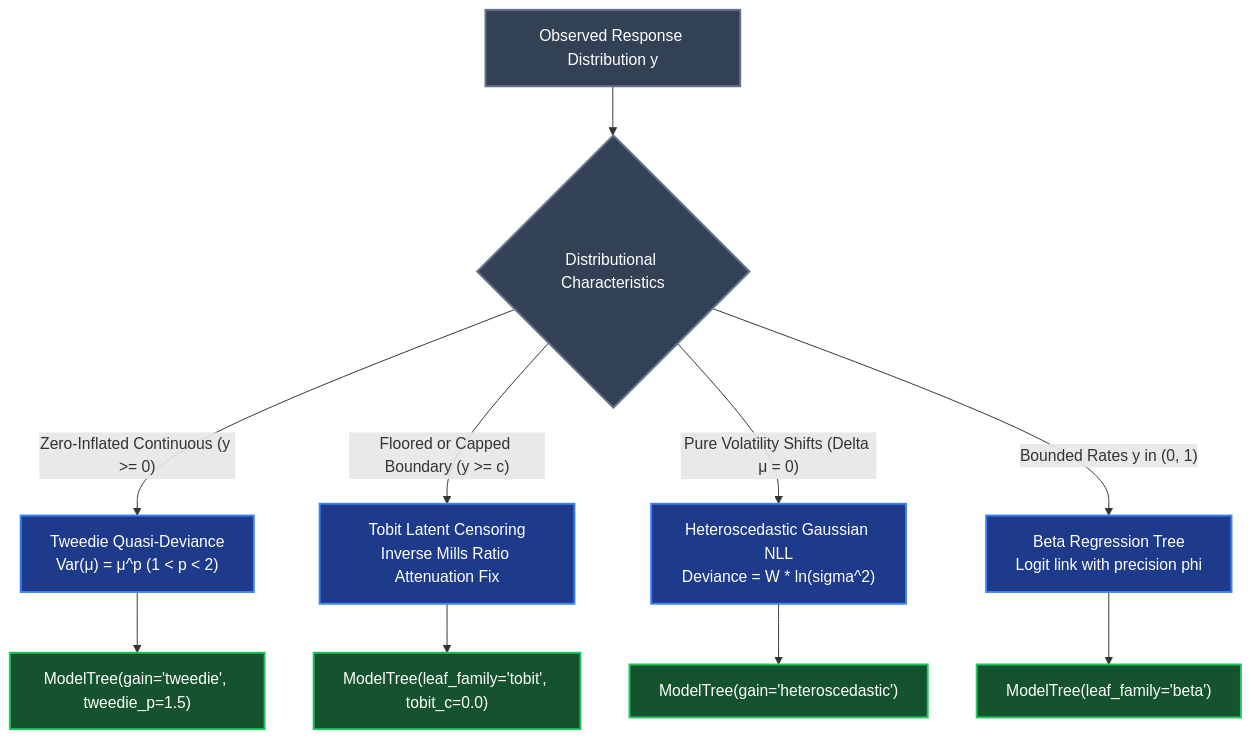
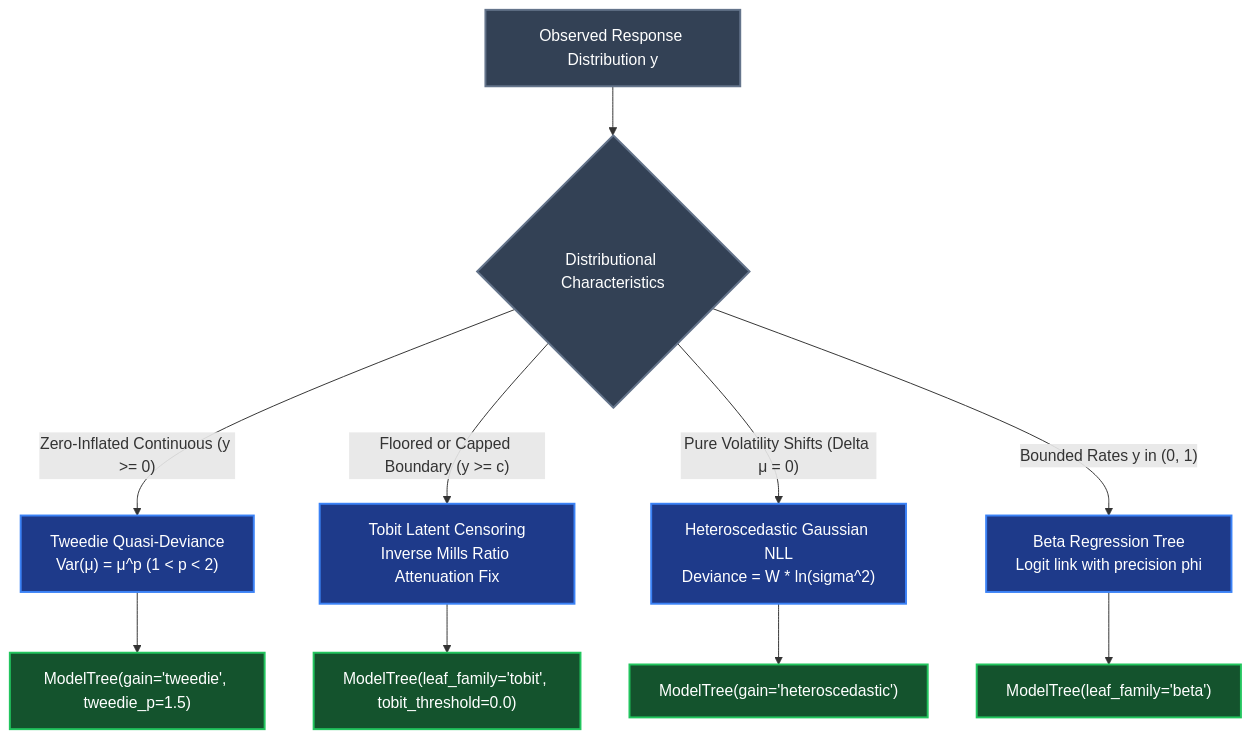
One commit to jkapila/mltreelib changed the second of 2 diagrams in docs/concepts/distributional-leaves.md. Above: the diagram before and after it, drawn with Mermaid. The commit also changed 25 other files, not shown here.

````diff
--- a/docs/concepts/distributional-leaves.md
+++ b/docs/concepts/distributional-leaves.md
@@ -156,22 +156,22 @@
 ```mermaid
 flowchart TD
     A["Observed Response Distribution y"] --> B{"Distributional Characteristics"}
 
     B -- "Zero-Inflated Continuous (y >= 0)" --> C["Tweedie Quasi-Deviance\nVar(μ) = μ^p (1 < p < 2)"]
     B -- "Floored or Capped Boundary (y >= c)" --> D["Tobit Latent Censoring\nInverse Mills Ratio Attenuation Fix"]
     B -- "Pure Volatility Shifts (Delta μ = 0)" --> E["Heteroscedastic Gaussian NLL\nDeviance = W * ln(sigma^2)"]
     B -- "Bounded Rates y in (0, 1)" --> F["Beta Regression Tree\nLogit link with precision phi"]
 
     C --> G["ModelTree(gain='tweedie', tweedie_p=1.5)"]
-    D --> H["ModelTree(leaf_family='tobit', tobit_c=0.0)"]
+    D --> H["ModelTree(leaf_family='tobit', tobit_threshold=0.0)"]
     E --> I["ModelTree(gain='heteroscedastic')"]
     F --> J["ModelTree(leaf_family='beta')"]
 
     classDef blueBox fill:#1e3a8a,stroke:#3b82f6,stroke-width:2px,color:#ffffff;
     classDef greenBox fill:#14532d,stroke:#22c55e,stroke-width:2px,color:#ffffff;
     classDef grayBox fill:#334155,stroke:#64748b,stroke-width:2px,color:#ffffff;
 
     class A,B grayBox;
     class C,D,E,F blueBox;
     class G,H,I,J greenBox;
 ```
````
